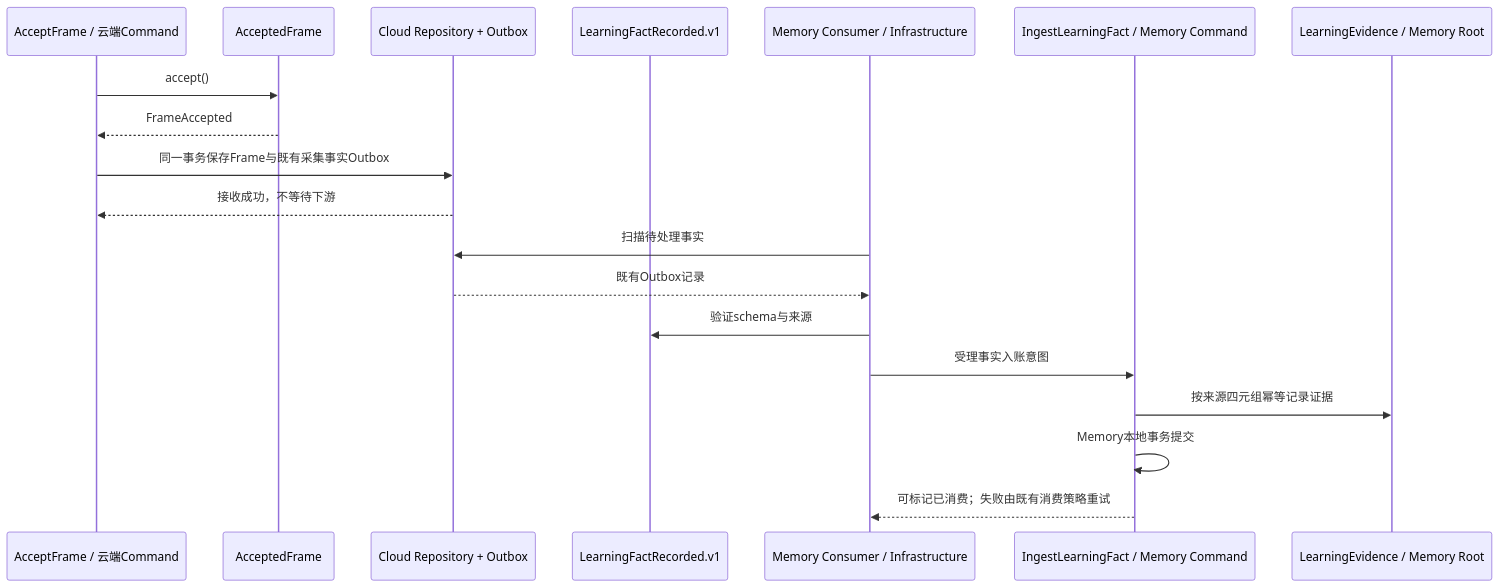
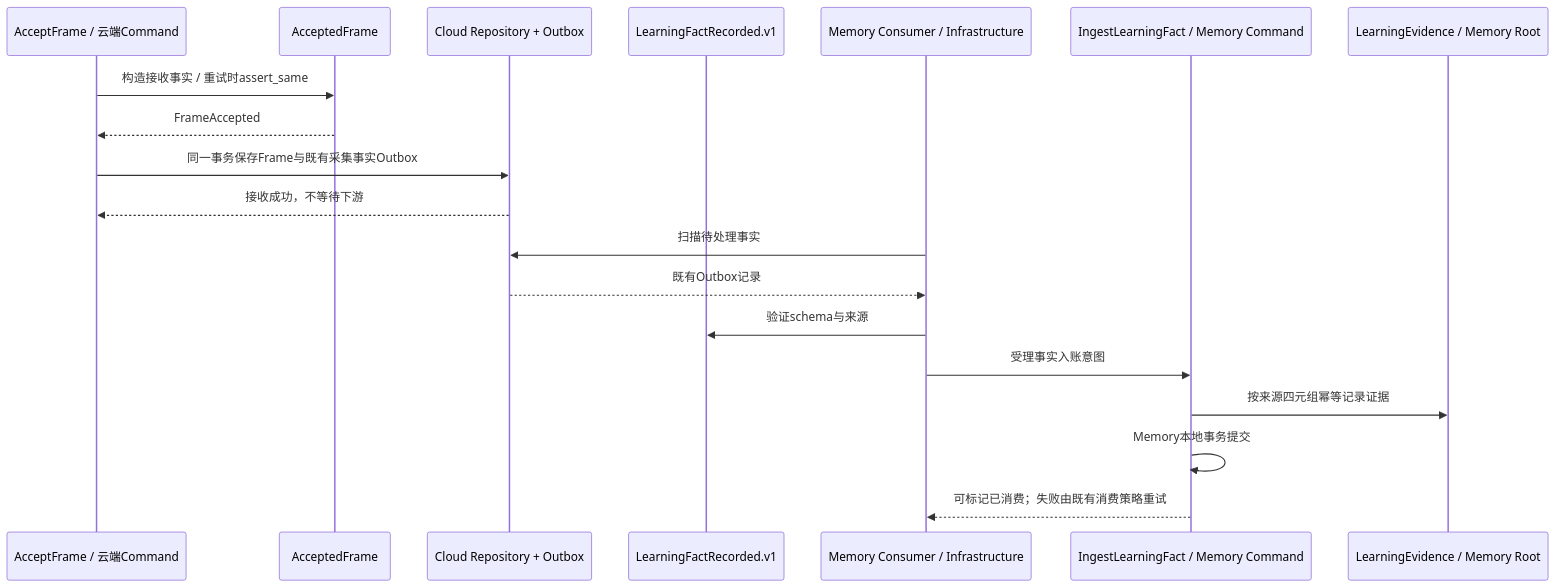
The seventh of 8 diagrams in docs/technical/design-gateway.md (johanchow/duxue), drawn with Mermaid before and after one commit. The commit also changed other lines of this file and 62 other files, not shown here.

````diff
--- a/docs/technical/design-gateway.md
+++ b/docs/technical/design-gateway.md
@@ -399,21 +439,21 @@
 ```mermaid
 sequenceDiagram
     participant A as AcceptFrame / 云端Command
     participant R as AcceptedFrame
     participant D as Cloud Repository + Outbox
     participant E as LearningFactRecorded.v1
     participant C as Memory Consumer / Infrastructure
     participant H as IngestLearningFact / Memory Command
     participant B as LearningEvidence / Memory Root
-    A->>R: accept()
+    A->>R: 构造接收事实 / 重试时assert_same
     R-->>A: FrameAccepted
     A->>D: 同一事务保存Frame与既有采集事实Outbox
     D-->>A: 接收成功，不等待下游
     C->>D: 扫描待处理事实
     D-->>C: 既有Outbox记录
     C->>E: 验证schema与来源
     C->>H: 受理事实入账意图
     H->>B: 按来源四元组幂等记录证据
     H->>H: Memory本地事务提交
     H-->>C: 可标记已消费；失败由既有消费策略重试
 ```
````
